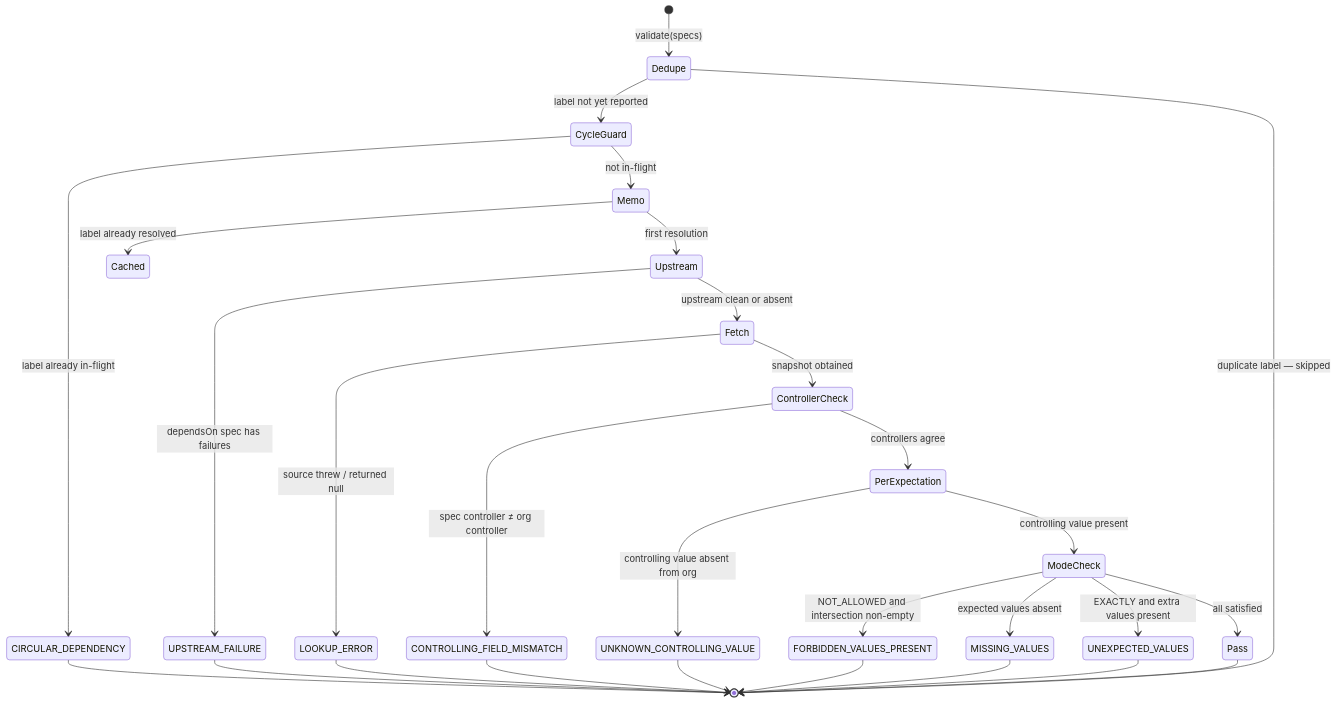
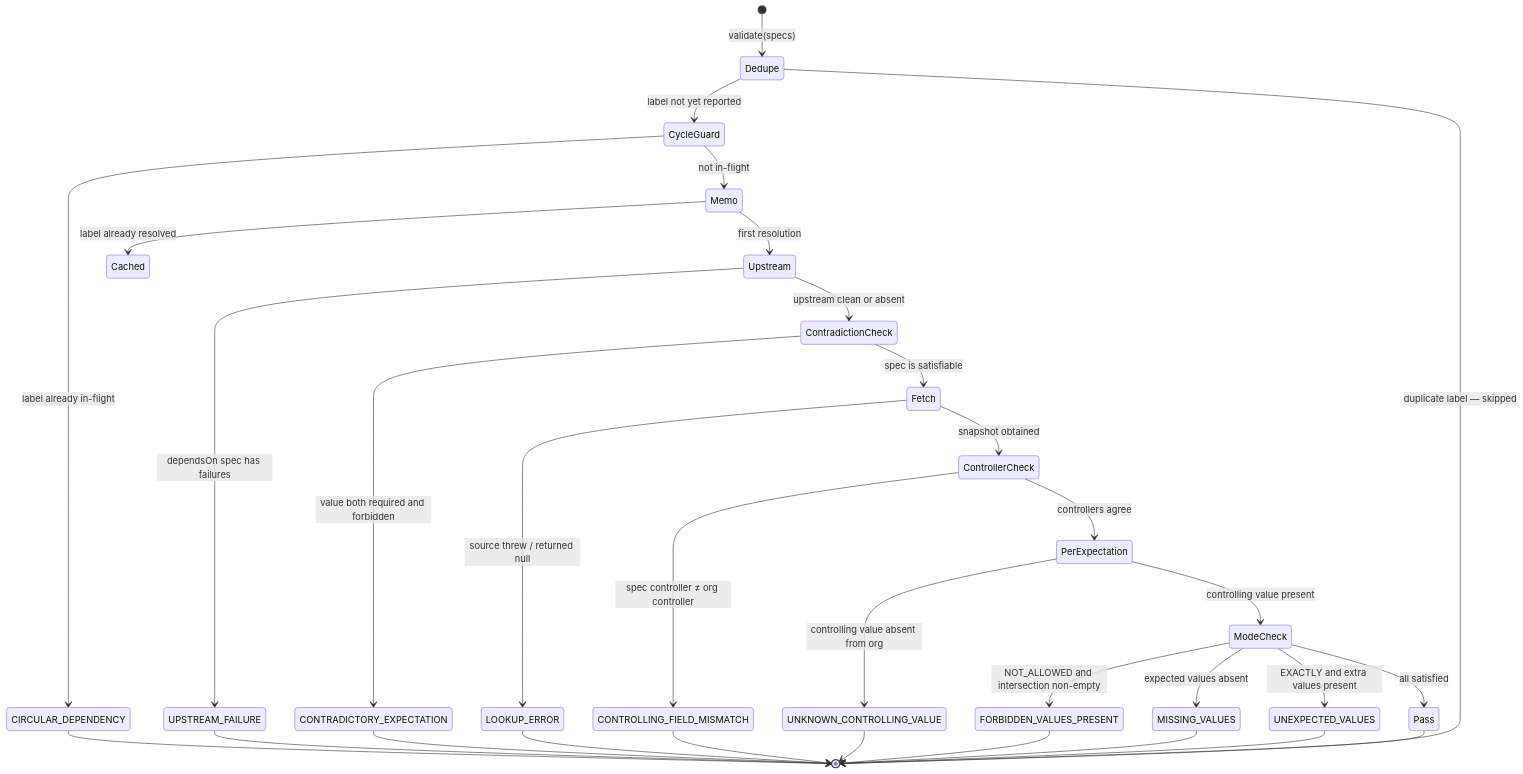
Before and after one commit to jdschleicher/Salesforce-Data-Treecipe: diagram 12 of 17 in docs/PICKLIST-DEPENDENCY-TECHNICAL-DESIGN.md, drawn with Mermaid. The commit also changed other lines of this file and 10 other files, not shown here.

````diff
--- a/docs/PICKLIST-DEPENDENCY-TECHNICAL-DESIGN.md
+++ b/docs/PICKLIST-DEPENDENCY-TECHNICAL-DESIGN.md
@@ -575,38 +575,42 @@
 ```mermaid
 stateDiagram-v2
     [*] --> Dedupe: validate(specs)
     Dedupe --> CycleGuard: label not yet reported
     Dedupe --> [*]: duplicate label — skipped
 
     CycleGuard --> CIRCULAR_DEPENDENCY: label already in-flight
     CycleGuard --> Memo: not in-flight
     Memo --> Cached: label already resolved
     Memo --> Upstream: first resolution
 
     Upstream --> UPSTREAM_FAILURE: dependsOn spec has failures
-    Upstream --> Fetch: upstream clean or absent
+    Upstream --> ContradictionCheck: upstream clean or absent
+
+    ContradictionCheck --> CONTRADICTORY_EXPECTATION: value both required and forbidden
+    ContradictionCheck --> Fetch: spec is satisfiable
 
     Fetch --> LOOKUP_ERROR: source threw / returned null
     Fetch --> ControllerCheck: snapshot obtained
 
     ControllerCheck --> CONTROLLING_FIELD_MISMATCH: spec controller ≠ org controller
     ControllerCheck --> PerExpectation: controllers agree
 
     PerExpectation --> UNKNOWN_CONTROLLING_VALUE: controlling value absent from org
     PerExpectation --> ModeCheck: controlling value present
 
     ModeCheck --> FORBIDDEN_VALUES_PRESENT: NOT_ALLOWED and intersection non-empty
     ModeCheck --> MISSING_VALUES: expected values absent
     ModeCheck --> UNEXPECTED_VALUES: EXACTLY and extra values present
     ModeCheck --> Pass: all satisfied
 
     Pass --> [*]
     CIRCULAR_DEPENDENCY --> [*]
     UPSTREAM_FAILURE --> [*]
+    CONTRADICTORY_EXPECTATION --> [*]
     LOOKUP_ERROR --> [*]
     CONTROLLING_FIELD_MISMATCH --> [*]
     UNKNOWN_CONTROLLING_VALUE --> [*]
     FORBIDDEN_VALUES_PRESENT --> [*]
     MISSING_VALUES --> [*]
     UNEXPECTED_VALUES --> [*]
 ```
````
